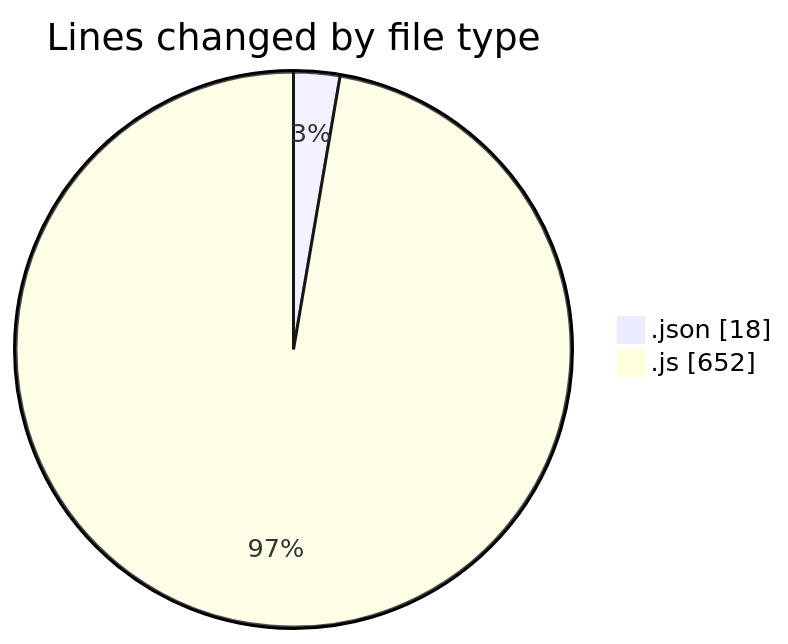
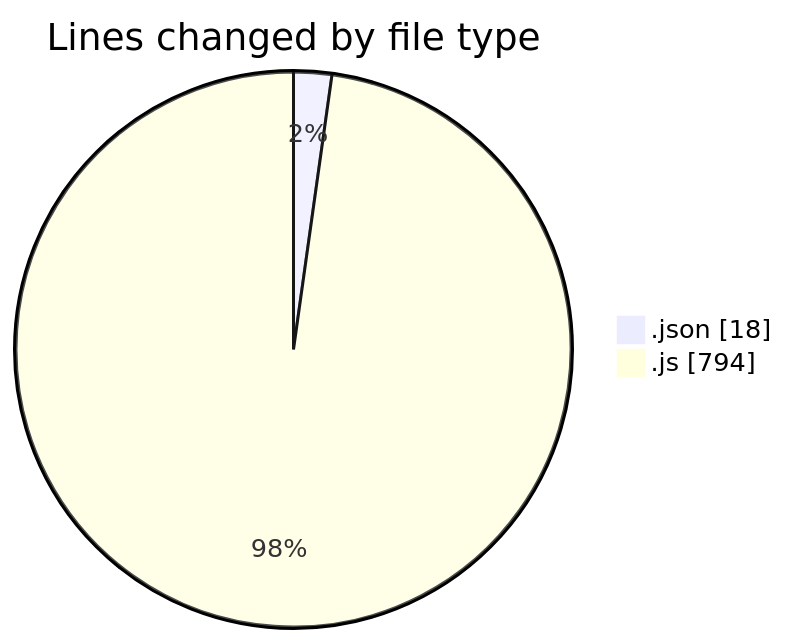
One commit to BS-eng2023/code-tracking changed the first of 2 diagrams in 2025-04-01/jsvms/README.md. Above: the diagram before and after it, drawn with Mermaid. The commit also changed other lines of this file and 1 other file, not shown here.

````diff
--- a/2025-04-01/jsvms/README.md
+++ b/2025-04-01/jsvms/README.md
@@ -30,6 +31,6 @@
 ```mermaid
 pie showData
 title Lines changed by file type
 ".json" : 18
-".js" : 652
+".js" : 794
 ```
````
